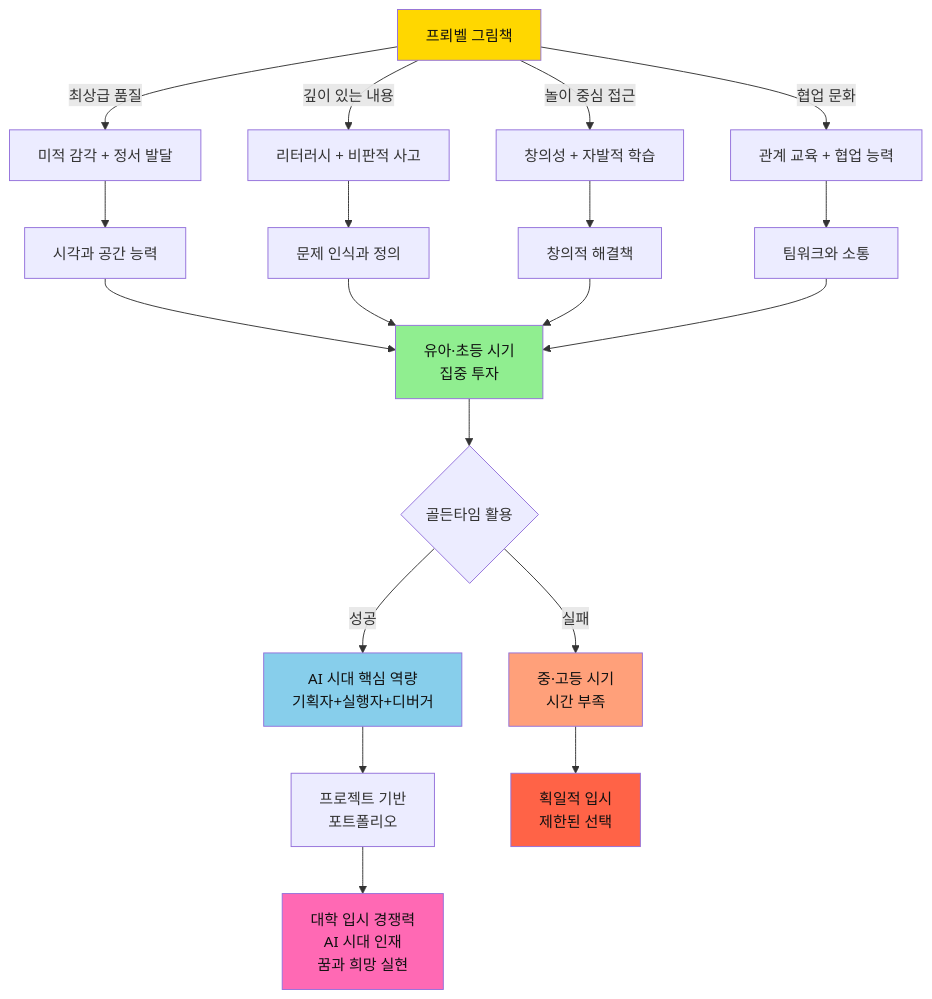
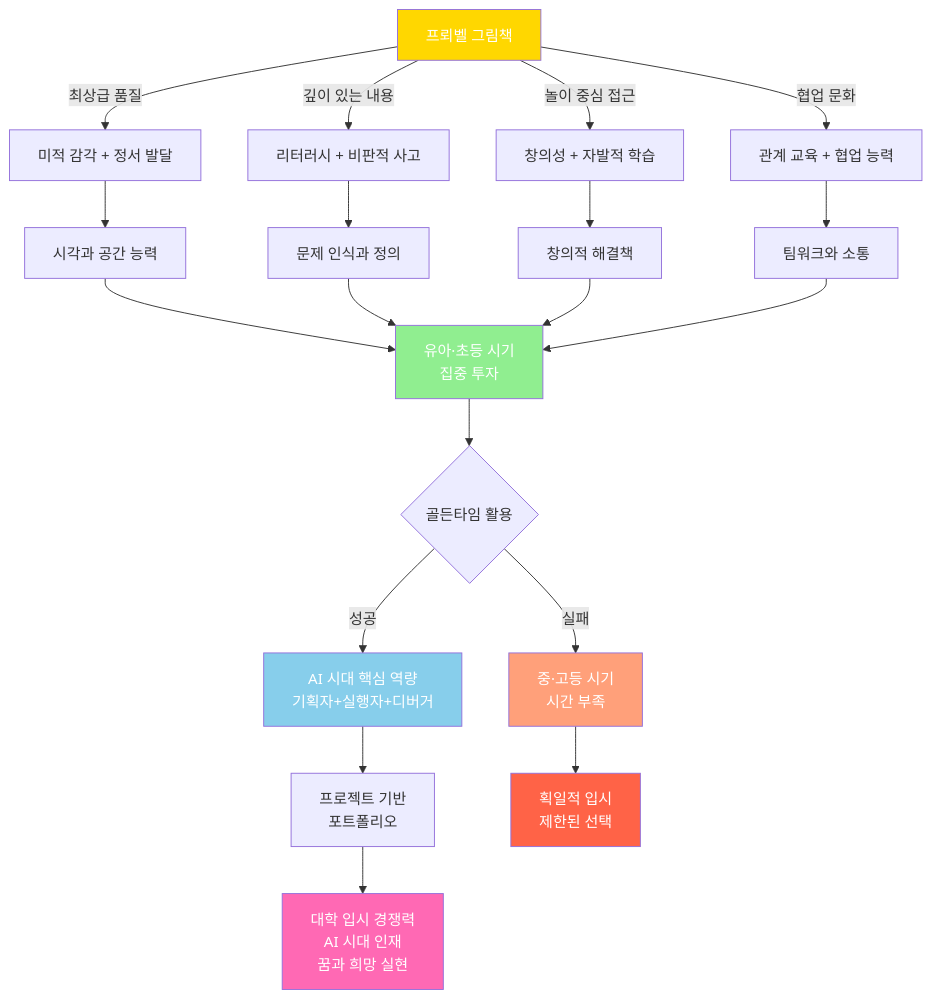
Diagram 19 of 22 in 2단계_유아초등교육커리큘럼.md (Collegenie-X/froebel), drawn with Mermaid before and after one commit. The commit also changed other lines of this file and 4 other files, not shown here.

````diff
--- a/2단계_유아초등교육커리큘럼.md
+++ b/2단계_유아초등교육커리큘럼.md
@@ -835,33 +835,33 @@
 ```mermaid
 graph TD
     A[프뢰벨 그림책] -->|최상급 품질| B[미적 감각 + 정서 발달]
     A -->|깊이 있는 내용| C[리터러시 + 비판적 사고]
     A -->|놀이 중심 접근| D[창의성 + 자발적 학습]
     A -->|협업 문화| E[관계 교육 + 협업 능력]
     
     B --> F[시각과 공간 능력]
     C --> G[문제 인식과 정의]
     D --> H[창의적 해결책]
     E --> I[팀워크와 소통]
     
     F --> J[유아·초등 시기<br/>집중 투자]
     G --> J
     H --> J
     I --> J
     
     J --> K{골든타임 활용}
     
     K -->|성공| L[AI 시대 핵심 역량<br/>기획자+실행자+디버거]
     K -->|실패| M[중·고등 시기<br/>시간 부족]
     
     L --> N[프로젝트 기반<br/>포트폴리오]
     N --> O[대학 입시 경쟁력<br/>AI 시대 인재<br/>꿈과 희망 실현]
     M --> P[획일적 입시<br/>제한된 선택]
     
-    style A fill:#FFD700,color:#111
-    style J fill:#90EE90,color:#111
-    style L fill:#87CEEB,color:#111
-    style O fill:#FF69B4,color:#111
-    style M fill:#FFA07A,color:#111
-    style P fill:#FF6347,color:#111
+    style A fill:#FFD700,color:#fff
+    style J fill:#90EE90,color:#fff
+    style L fill:#87CEEB,color:#fff
+    style O fill:#FF69B4,color:#fff
+    style M fill:#FFA07A,color:#fff
+    style P fill:#FF6347,color:#fff
 ```
````
